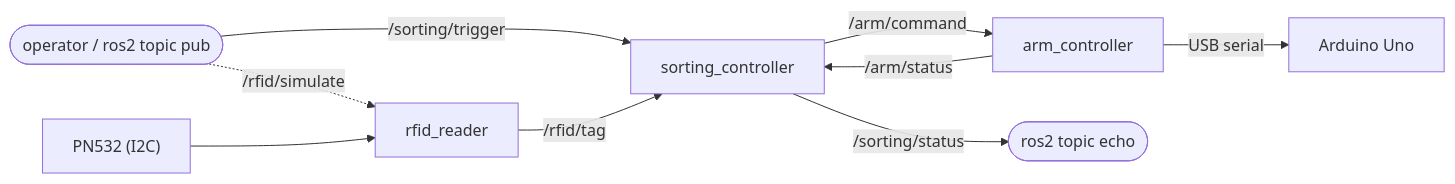
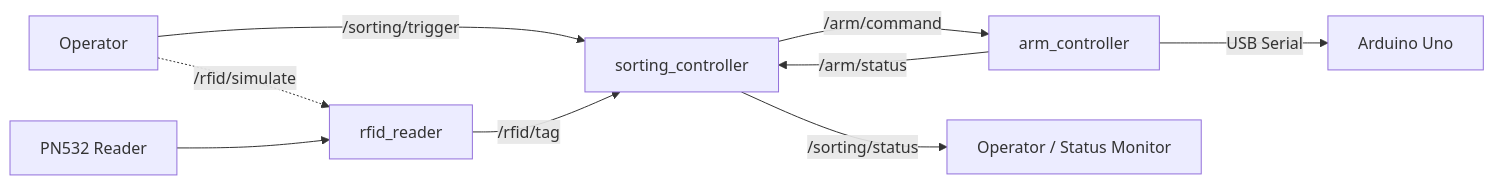
One commit to DiyaJabin/autonomous-conveyor-sorting-cell changed the second of 2 diagrams in README.md. Above: the diagram before and after it, drawn with Mermaid. The commit also changed other lines of this file, not shown here.

````diff
--- a/README.md
+++ b/README.md
@@ -107,12 +104,18 @@
 ```mermaid
 flowchart LR
-    USER(["operator / ros2 topic pub"])
-    USER -- "/sorting/trigger" --> SC["sorting_controller"]
-    USER -. "/rfid/simulate" .-> RR["rfid_reader"]
+    USER["Operator"]
+    SC["sorting_controller"]
+    AC["arm_controller"]
+    RR["rfid_reader"]
+    UNO["Arduino Uno"]
+    PN["PN532 Reader"]
+
+    USER -- "/sorting/trigger" --> SC
+    USER -. "/rfid/simulate" .-> RR
+    PN --> RR
     RR -- "/rfid/tag" --> SC
-    SC -- "/arm/command" --> AC["arm_controller"]
+    SC -- "/arm/command" --> AC
     AC -- "/arm/status" --> SC
-    SC -- "/sorting/status" --> OUT(["ros2 topic echo"])
-    AC -- "USB serial" --> UNO["Arduino Uno"]
-    PN["PN532 (I2C)"] --> RR
+    AC -- "USB Serial" --> UNO
+    SC -- "/sorting/status" --> OUT["Operator / Status Monitor"]
 ```
````
